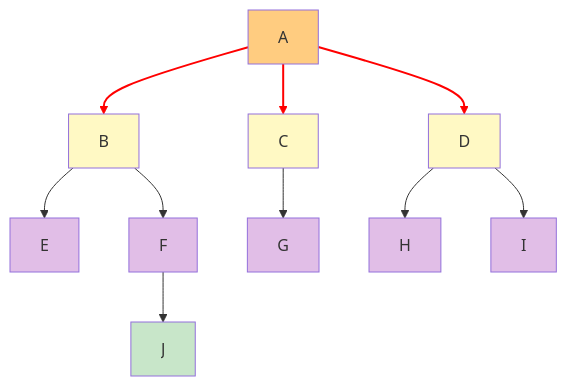
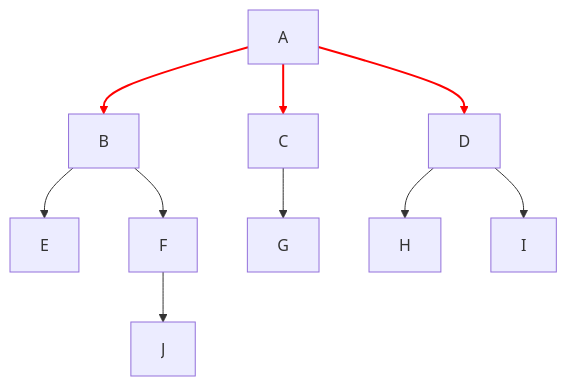
One commit to antonprafanto/dasarAI2026 changed the third of 12 diagrams in bab-04-pencarian.md. Above: the diagram before and after it, drawn with Mermaid. The commit also changed other lines of this file and 8 other files, not shown here.

Commit message:
Fix: Remove custom Mermaid styling for better dark mode visibility

````diff
--- a/bab-04-pencarian.md
+++ b/bab-04-pencarian.md
@@ -157,29 +154,18 @@
 ```mermaid
 graph TD
     A[A] --> B[B]
     A --> C[C]
     A --> D[D]
 
     B --> E[E]
     B --> F[F]
     C --> G[G]
     D --> H[H]
     D --> I[I]
 
     F --> J[J]
 
     linkStyle 0 stroke:#ff0000,stroke-width:2px;
     linkStyle 1 stroke:#ff0000,stroke-width:2px;
     linkStyle 2 stroke:#ff0000,stroke-width:2px;
-
-    style A fill:#ffcc80
-    style B fill:#fff9c4
-    style C fill:#fff9c4
-    style D fill:#fff9c4
-    style E fill:#e1bee7
-    style F fill:#e1bee7
-    style G fill:#e1bee7
-    style H fill:#e1bee7
-    style I fill:#e1bee7
-    style J fill:#c8e6c9
 ```
````
